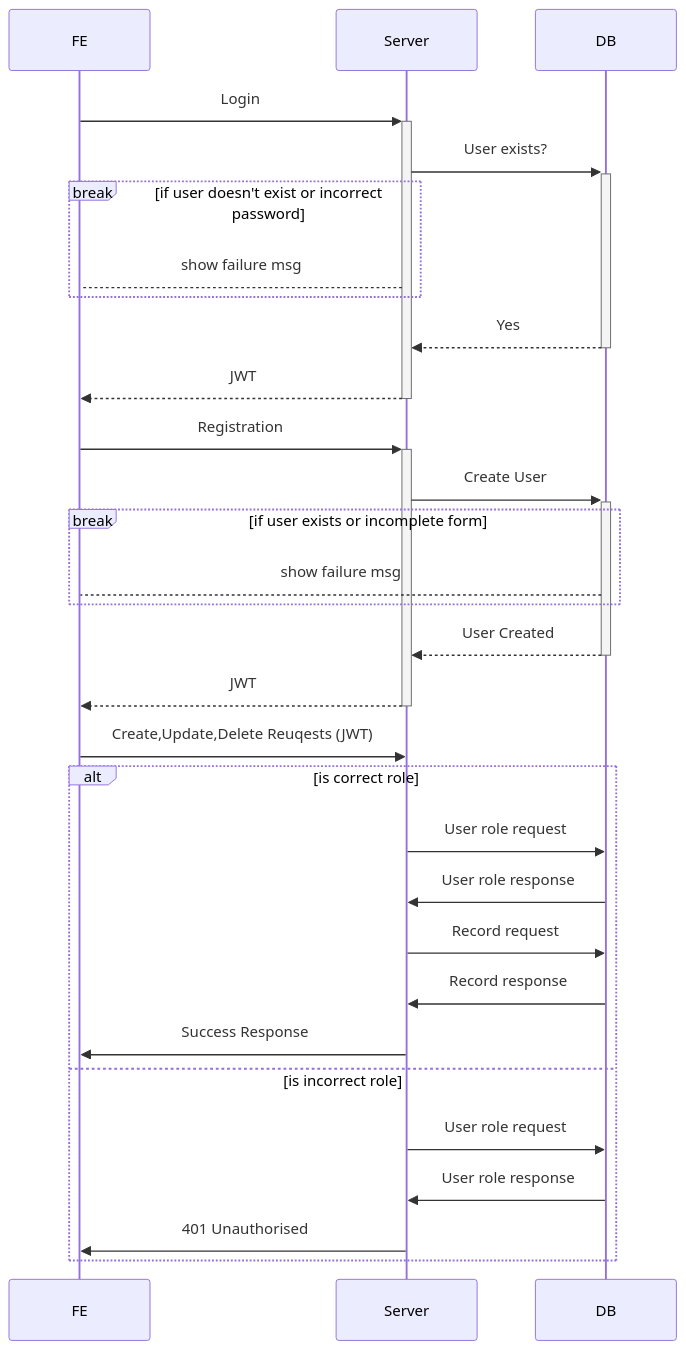
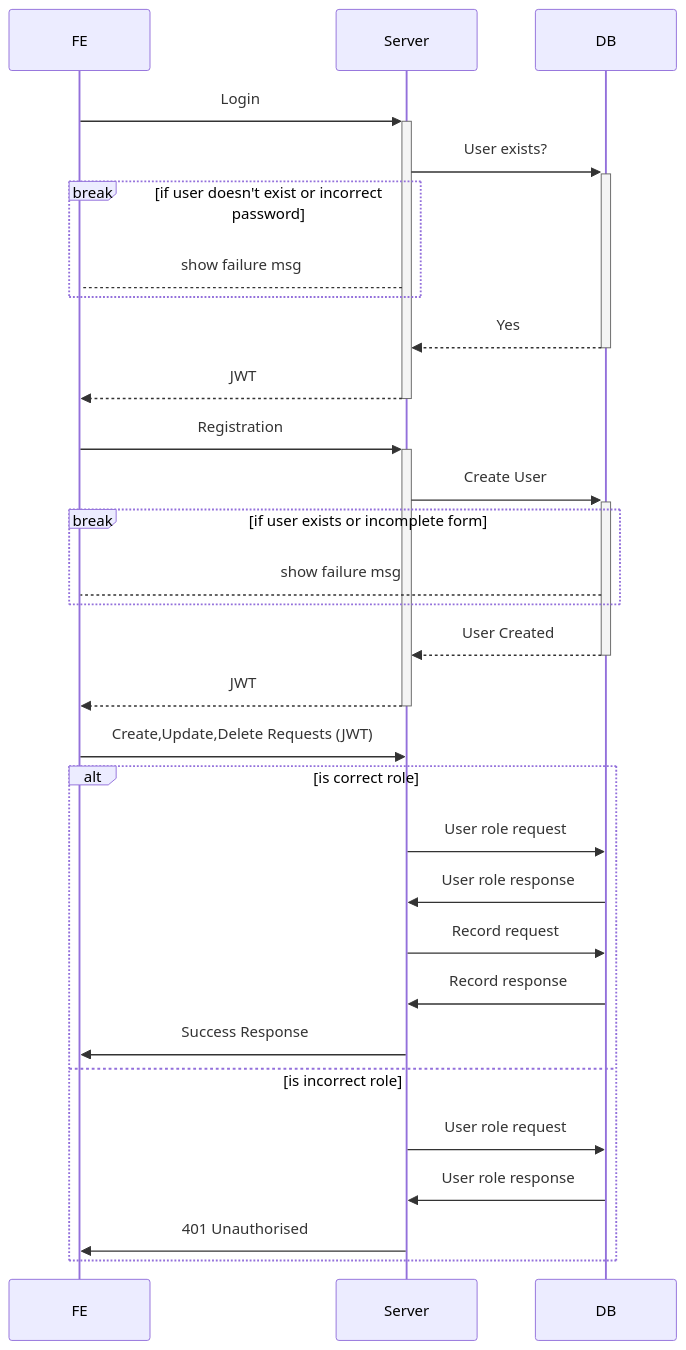
Before and after one commit to YogirajT/employee-registree: the second of 2 diagrams in README.md, drawn with Mermaid. The commit also changed other lines of this file, not shown here.

````diff
--- a/README.md
+++ b/README.md
@@ -94,29 +94,29 @@
 ```mermaid
 sequenceDiagram
-    FE->>+Server: Login
-    Server->>+DB: User exists?
-    break if user doesn't exist or incorrect password
-      Server-->FE: show failure msg
-    end
-    DB-->>-Server: Yes
-    Server-->>-FE: JWT
-    FE->>+Server: Registration
-    Server->>+DB: Create User
-        break if user exists or incomplete form
-      DB-->FE: show failure msg
-    end
-    DB-->>-Server: User Created
-    Server-->>-FE: JWT
-    FE->>Server: Create,Update,Delete Reuqests (JWT)
-    alt is correct role
-          Server->>DB: User role request
-        DB->>Server: User role response
-        Server->>DB: Record request
-        DB->>Server: Record response
-        Server->>FE: Success Response
-    else is incorrect role
-        Server->>DB: User role request
-        DB->>Server: User role response
-        Server->>FE: 401 Unauthorised
-    end
+    FE->>+Server: Login
+    Server->>+DB: User exists?
+    break if user doesn't exist or incorrect password
+      Server-->FE: show failure msg
+    end
+    DB-->>-Server: Yes
+    Server-->>-FE: JWT
+    FE->>+Server: Registration
+    Server->>+DB: Create User
+        break if user exists or incomplete form
+      DB-->FE: show failure msg
+    end
+    DB-->>-Server: User Created
+    Server-->>-FE: JWT
+    FE->>Server: Create,Update,Delete Requests (JWT)
+    alt is correct role
+          Server->>DB: User role request
+        DB->>Server: User role response
+        Server->>DB: Record request
+        DB->>Server: Record response
+        Server->>FE: Success Response
+    else is incorrect role
+        Server->>DB: User role request
+        DB->>Server: User role response
+        Server->>FE: 401 Unauthorised
+    end
 ```
````
